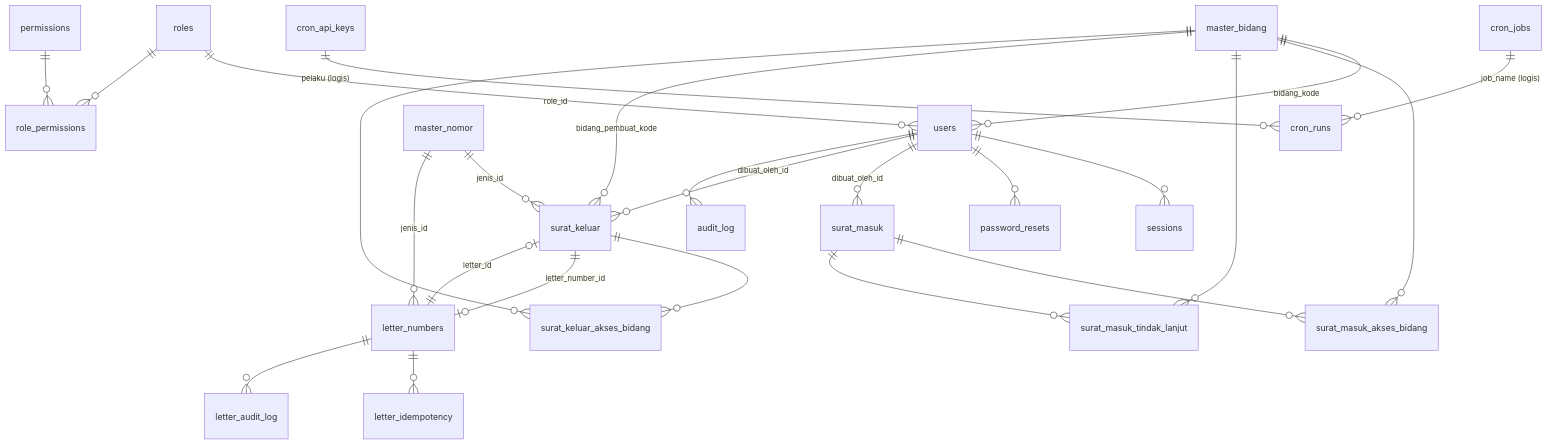
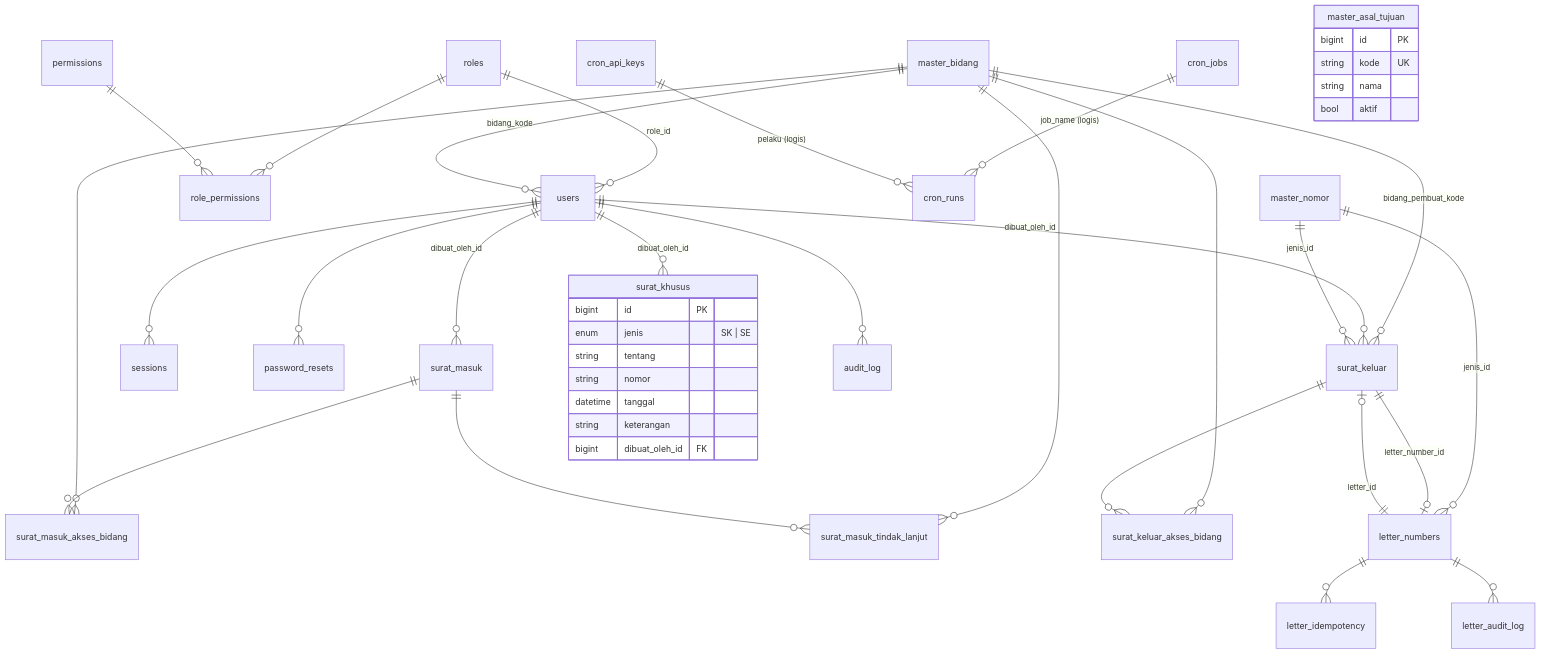
One commit to asfrzn181/siprima changed the diagram in db/ERD.md. Above: the diagram before and after it, drawn with Mermaid. The commit also changed other lines of this file and 62 other files, not shown here.

````diff
--- a/db/ERD.md
+++ b/db/ERD.md
@@ -3,31 +3,48 @@
 ```mermaid
 erDiagram
   roles ||--o{ users : "role_id"
   roles ||--o{ role_permissions : ""
   permissions ||--o{ role_permissions : ""
   master_bidang ||--o{ users : "bidang_kode"
   master_bidang ||--o{ surat_masuk_akses_bidang : ""
   master_bidang ||--o{ surat_masuk_tindak_lanjut : ""
   master_bidang ||--o{ surat_keluar : "bidang_pembuat_kode"
   master_bidang ||--o{ surat_keluar_akses_bidang : ""
 
   users ||--o{ sessions : ""
   users ||--o{ password_resets : ""
   users ||--o{ surat_masuk : "dibuat_oleh_id"
   users ||--o{ surat_keluar : "dibuat_oleh_id"
+  users ||--o{ surat_khusus : "dibuat_oleh_id"
   users ||--o{ audit_log : ""
 
   master_nomor ||--o{ surat_keluar : "jenis_id"
   master_nomor ||--o{ letter_numbers : "jenis_id"
 
   surat_masuk ||--o{ surat_masuk_akses_bidang : ""
   surat_masuk ||--o{ surat_masuk_tindak_lanjut : ""
   surat_keluar ||--o{ surat_keluar_akses_bidang : ""
   surat_keluar ||--o| letter_numbers : "letter_number_id"
   letter_numbers ||--o| surat_keluar : "letter_id"
   letter_numbers ||--o{ letter_idempotency : ""
   letter_numbers ||--o{ letter_audit_log : ""
 
   cron_jobs ||--o{ cron_runs : "job_name (logis)"
   cron_api_keys ||--o{ cron_runs : "pelaku (logis)"
+
+  master_asal_tujuan {
+    bigint id PK
+    string kode UK
+    string nama
+    bool aktif
+  }
+  surat_khusus {
+    bigint id PK
+    enum jenis "SK | SE"
+    string tentang
+    string nomor
+    datetime tanggal
+    string keterangan
+    bigint dibuat_oleh_id FK
+  }
 ```
````
